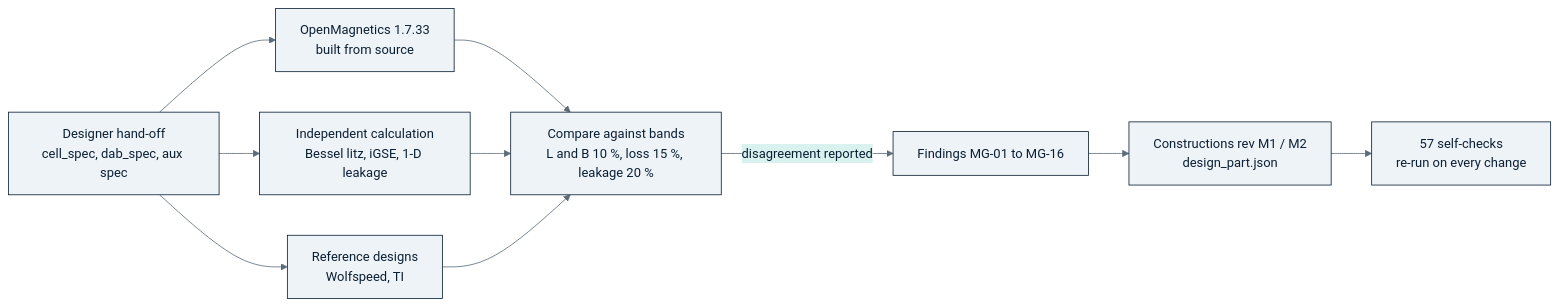
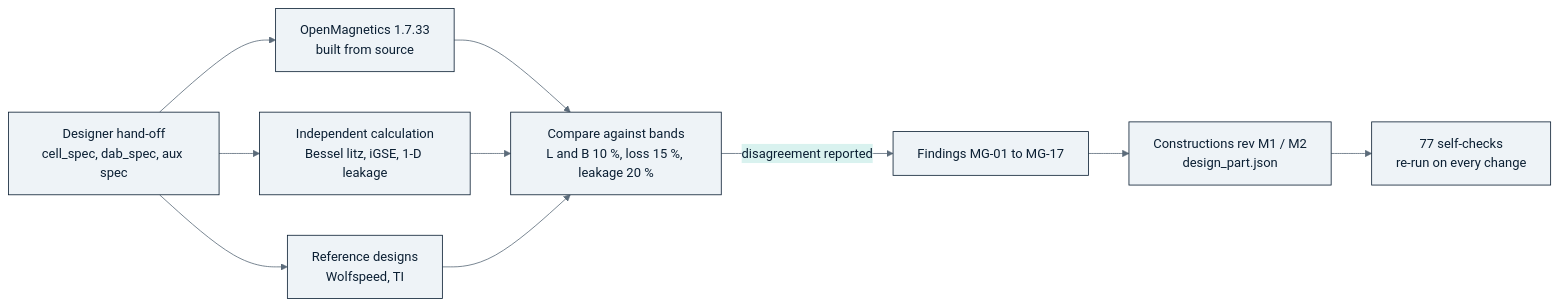
The diagram in docs/guide/06-magnetics.md (vectivolt/PCM), drawn with Mermaid before and after one commit. The commit also changed other lines of this file and 22 other files, not shown here.

````diff
--- a/docs/guide/06-magnetics.md
+++ b/docs/guide/06-magnetics.md
@@ -45,13 +45,13 @@
 ```mermaid
 %%{init: {"theme": "base", "themeVariables": {"primaryColor": "#EEF3F7", "primaryBorderColor": "#0B1F33", "primaryTextColor": "#0B1F33", "lineColor": "#5B6B7A", "secondaryColor": "#D9F2EF", "tertiaryColor": "#FFF4D6", "fontFamily": "Inter, Helvetica, Arial, sans-serif"}}}%%
 flowchart LR
     H["Designer hand-off<br/>cell_spec, dab_spec, aux spec"] --> OM["OpenMagnetics 1.7.33<br/>built from source"]
     H --> OWN["Independent calculation<br/>Bessel litz, iGSE, 1-D leakage"]
     H --> REF["Reference designs<br/>Wolfspeed, TI"]
     OM --> CMP["Compare against bands<br/>L and B 10 %, loss 15 %, leakage 20 %"]
     OWN --> CMP
     REF --> CMP
-    CMP -->|"disagreement reported"| FIND["Findings MG-01 to MG-16"]
+    CMP -->|"disagreement reported"| FIND["Findings MG-01 to MG-17"]
     FIND --> REV["Constructions rev M1 / M2<br/>design_part.json"]
-    REV --> CHK["57 self-checks<br/>re-run on every change"]
+    REV --> CHK["77 self-checks<br/>re-run on every change"]
 ```
````
